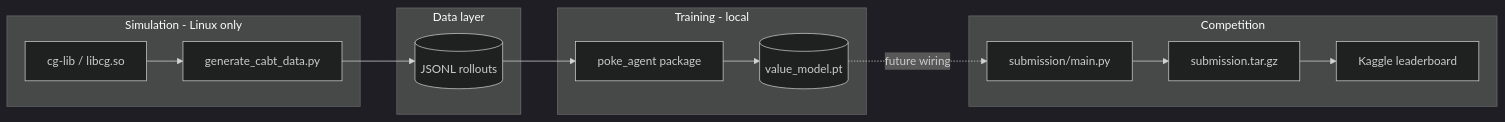
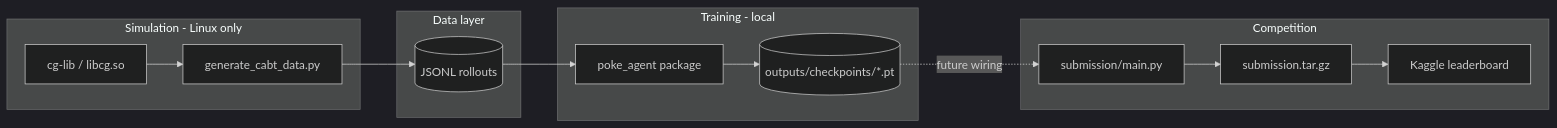
One commit to tim-inzitari/poke-bot-agent changed the first of 8 diagrams in docs/ARCHITECTURE.md. Above: the diagram before and after it, drawn with Mermaid (dark theme). The commit also changed other lines of this file and 26 other files, not shown here.

````diff
--- a/docs/ARCHITECTURE.md
+++ b/docs/ARCHITECTURE.md
@@ -41,28 +41,28 @@
 ```mermaid
 flowchart LR
     subgraph sim [Simulation - Linux only]
         CG[cg-lib / libcg.so]
         GEN[generate_cabt_data.py]
         CG --> GEN
     end
 
     subgraph data [Data layer]
         JSONL[(JSONL rollouts)]
         GEN --> JSONL
     end
 
     subgraph train [Training - local]
         PKG[poke_agent package]
-        CKPT[(value_model.pt)]
+        CKPT[(outputs/checkpoints/*.pt)]
         JSONL --> PKG
         PKG --> CKPT
     end
 
     subgraph submit [Competition]
         AGENT[submission/main.py]
         TAR[submission.tar.gz]
         CKPT -. future wiring .-> AGENT
         AGENT --> TAR
         TAR --> KAGGLE[Kaggle leaderboard]
     end
 ```
````
